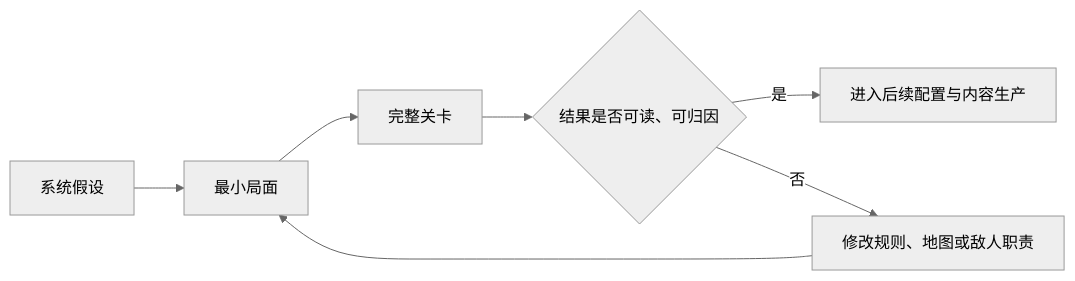
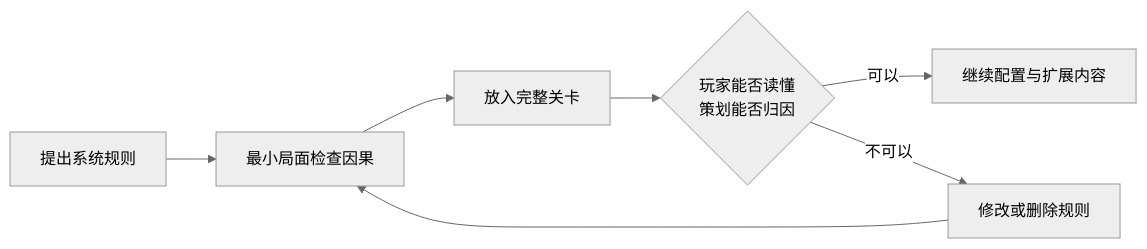
The second of 2 diagrams in projects/terrain/01_项目概览.md (zrt13355123189-sudo/game-design-portfolio), drawn with Mermaid (neutral theme) before and after one commit. The commit also changed other lines of this file and 6 other files, not shown here.

````diff
--- a/projects/terrain/01_项目概览.md
+++ b/projects/terrain/01_项目概览.md
@@ -35,9 +51,9 @@
 ```mermaid
 flowchart LR
-    A[系统假设] --> B[最小局面]
-    B --> C[完整关卡]
-    C --> D{结果是否可读、可归因}
-    D -- 是 --> E[进入后续配置与内容生产]
-    D -- 否 --> F[修改规则、地图或敌人职责]
+    A[提出系统规则] --> B[最小局面检查因果]
+    B --> C[放入完整关卡]
+    C --> D{玩家能否读懂<br/>策划能否归因}
+    D -- 可以 --> E[继续配置与扩展内容]
+    D -- 不可以 --> F[修改或删除规则]
     F --> B
 ```
````
